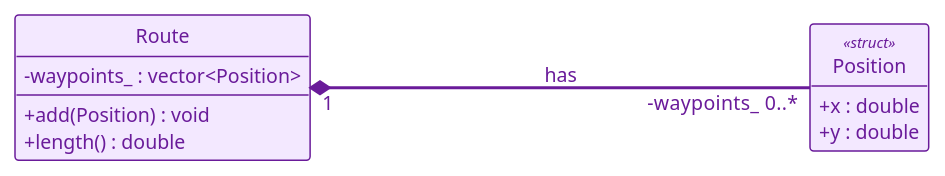
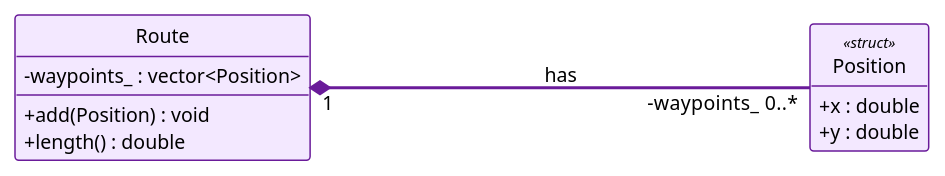
One commit to zeidk/enpm702-fall-2026-cpp changed the diagram in project/week9/uml/model_l9_composition_route_members.plantuml. Above: the diagram before and after it, drawn with PlantUML. The commit also changed 39 other files, not shown here.

```diff
--- a/project/week9/uml/model_l9_composition_route_members.plantuml
+++ b/project/week9/uml/model_l9_composition_route_members.plantuml
@@ -1,29 +1,29 @@
 @startuml model_l9_composition_route_members
 ' Generated for the slides.
 !theme mono
 skinparam backgroundColor white
 skinparam defaultFontName "Fira Sans"
 skinparam defaultFontSize 13
 skinparam shadowing false
 skinparam classAttributeIconSize 0
 skinparam nodesep 30
 skinparam ranksep 75
 skinparam ArrowThickness 1.5
 hide circle
 hide empty members
 
 
 left to right direction
 
-class Route #back:F3E8FF;line:6A1B9A;text:6A1B9A {
+class Route #back:F3E8FF;line:6A1B9A;text:000000 {
   - waypoints_ : vector<Position>
   + add(Position) : void
   + length() : double
 }
-class Position <<struct>> #back:F3E8FF;line:6A1B9A;text:6A1B9A {
+class Position <<struct>> #back:F3E8FF;line:6A1B9A;text:000000 {
   + x : double
   + y : double
 }
 
-Route "<color:#6A1B9A>1</color>" *-[#6A1B9A,thickness=2]---- "<color:#6A1B9A>-waypoints_  0..*</color>" Position : <color:#6A1B9A>has</color>
+Route "<color:#000000>1</color>" *-[#6A1B9A,thickness=2]---- "<color:#000000>-waypoints_  0..*</color>" Position : <color:#000000>has</color>
 @enduml
```
